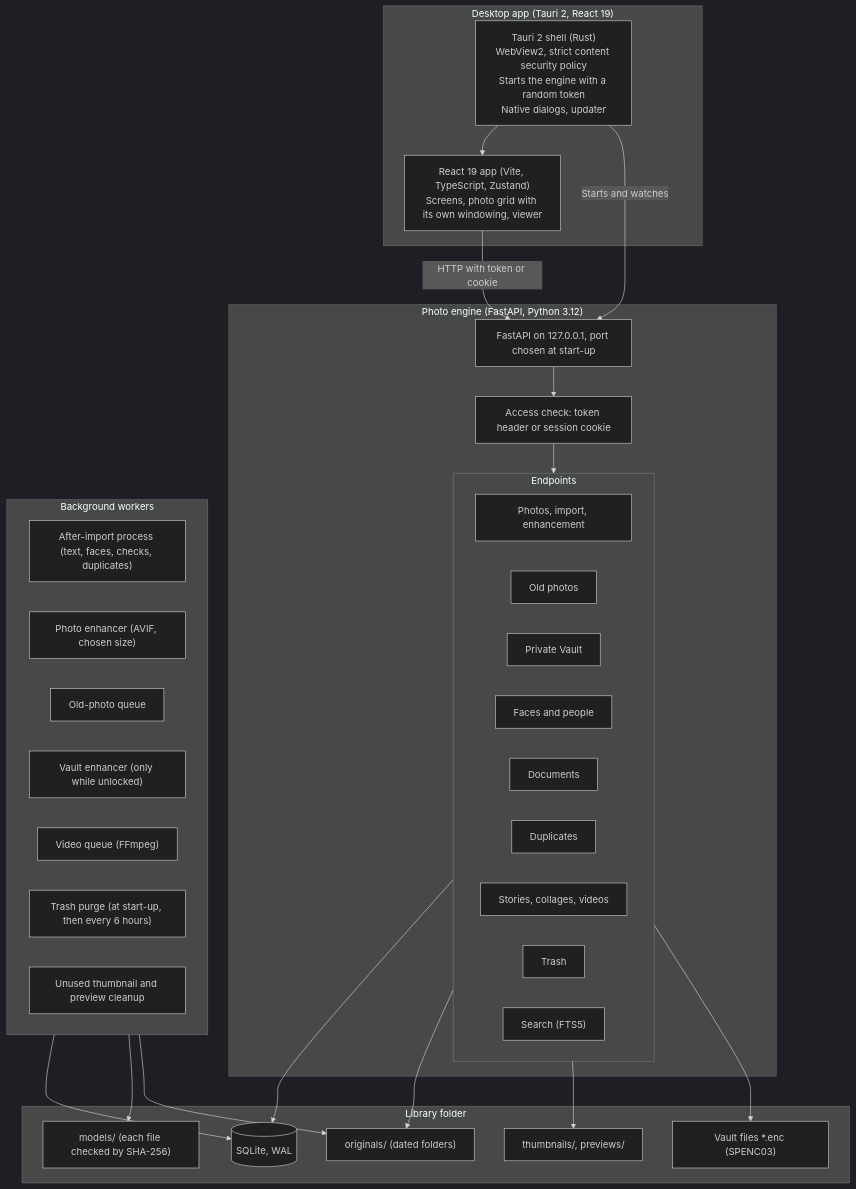
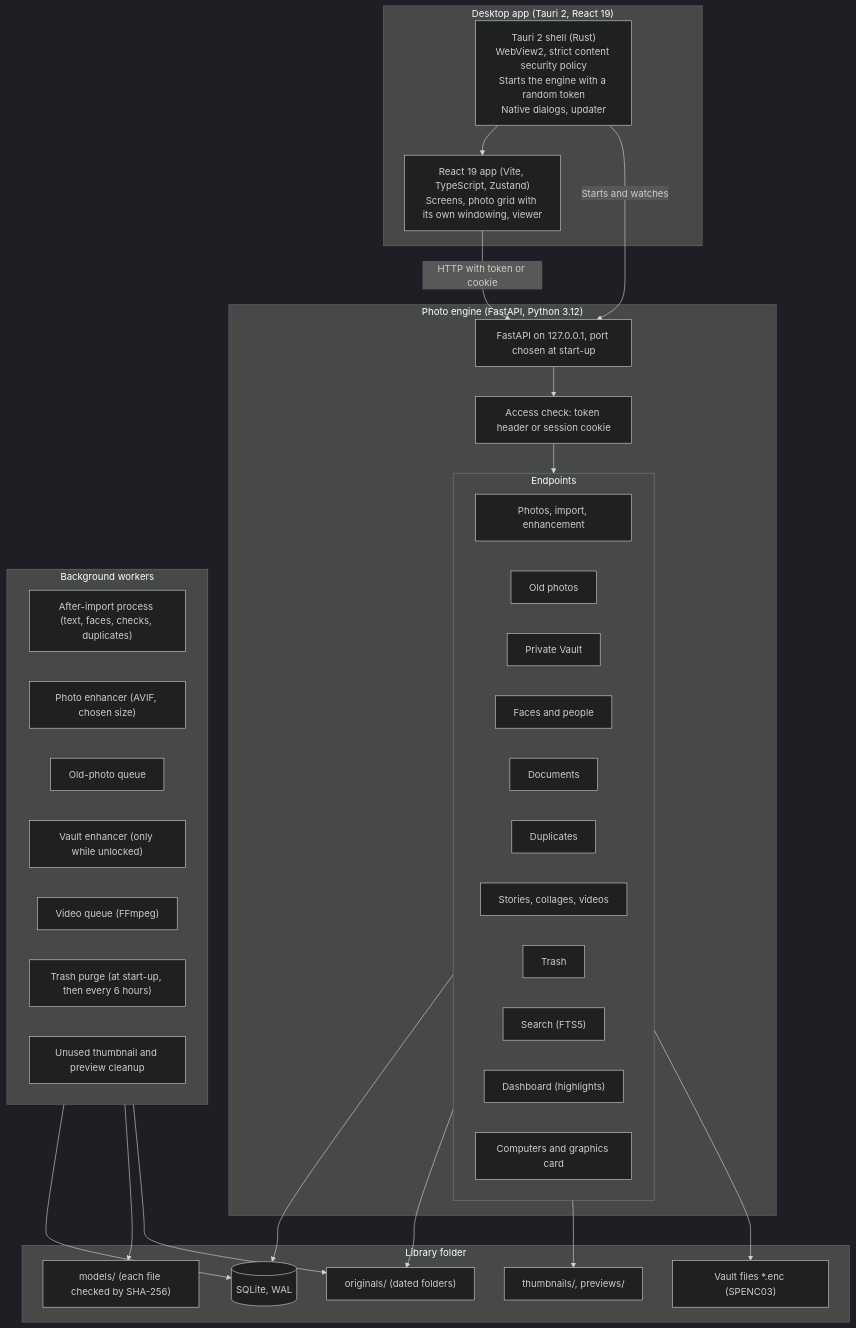
One commit to SumitKanchan4/SecurePhotos changed the first of 7 diagrams in docs/architecture.md. Above: the diagram before and after it, drawn with Mermaid (dark theme). The commit also changed 7 other files, not shown here.

First line of the commit message:
docs: review after 0.3.2; graphics card messages point to Settings, under Storage

````diff
--- a/docs/architecture.md
+++ b/docs/architecture.md
@@ -15,54 +15,56 @@
 ```mermaid
 graph TB
     subgraph UI_Layer ["Desktop app (Tauri 2, React 19)"]
         ReactUI["React 19 app (Vite, TypeScript, Zustand)<br/>Screens, photo grid with its own windowing, viewer"]
         TauriShell["Tauri 2 shell (Rust)<br/>WebView2, strict content security policy<br/>Starts the engine with a random token<br/>Native dialogs, updater"]
         TauriShell --> ReactUI
     end
 
     subgraph Service_Layer ["Photo engine (FastAPI, Python 3.12)"]
         FastAPIApp["FastAPI on 127.0.0.1, port chosen at start-up"]
         AuthMiddleware["Access check: token header or session cookie"]
         subgraph Domain_Routers ["Endpoints"]
             PhotosR["Photos, import, enhancement"]
             RestoreR["Old photos"]
             VaultR["Private Vault"]
             PeopleR["Faces and people"]
             DocsR["Documents"]
             DupR["Duplicates"]
             StoriesR["Stories, collages, videos"]
             TrashR["Trash"]
             SearchR["Search (FTS5)"]
+            DashR["Dashboard (highlights)"]
+            PcR["Computers and graphics card"]
         end
         FastAPIApp --> AuthMiddleware
         AuthMiddleware --> Domain_Routers
     end
 
     subgraph Background_Workers ["Background workers"]
         AfterImport["After-import process (text, faces, checks, duplicates)"]
         Enhancer["Photo enhancer (AVIF, chosen size)"]
         Restore["Old-photo queue"]
         VaultEnhancer["Vault enhancer (only while unlocked)"]
         VideoWorker["Video queue (FFmpeg)"]
         TrashWorker["Trash purge (at start-up, then every 6 hours)"]
         Cleanup["Unused thumbnail and preview cleanup"]
     end
 
     subgraph Storage_Tier ["Library folder"]
         DB[(SQLite, WAL)]
         Originals["originals/ (dated folders)"]
         ThumbStore["thumbnails/, previews/"]
         EncryptedVault["Vault files *.enc (SPENC03)"]
         ModelsDir["models/ (each file checked by SHA-256)"]
     end
 
     ReactUI -->|HTTP with token or cookie| FastAPIApp
     TauriShell -->|Starts and watches| FastAPIApp
     Domain_Routers --> DB
     Domain_Routers --> Originals
     Domain_Routers --> ThumbStore
     Domain_Routers --> EncryptedVault
     Background_Workers --> DB
     Background_Workers --> ModelsDir
     Background_Workers --> Originals
 ```
````
